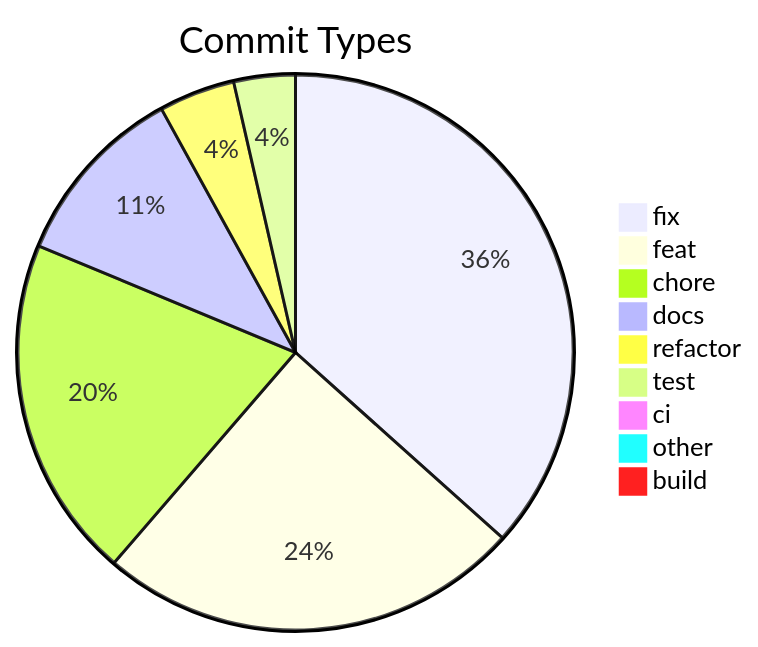
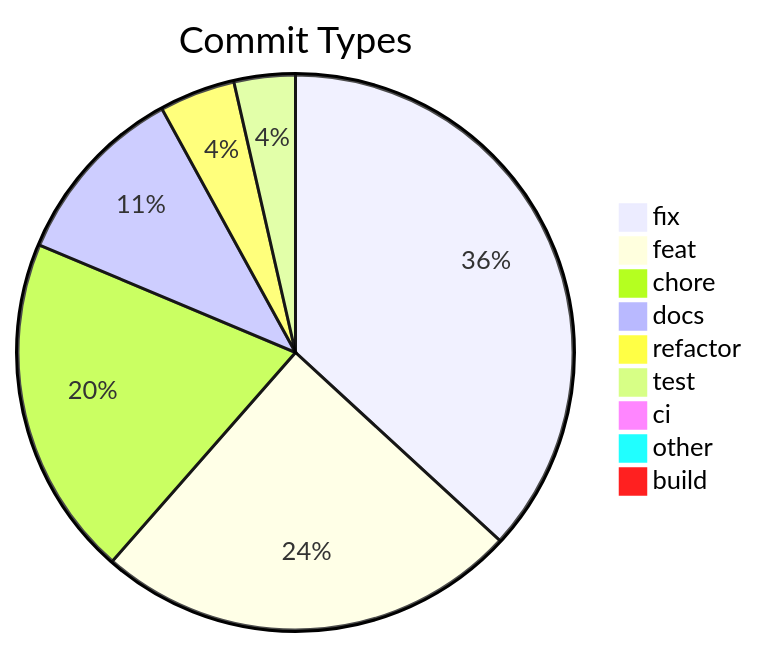
The diagram in .shipwright/compliance/change-history.md (svenroth-ai/shipwright-webui), drawn with Mermaid before and after one commit. The commit also changed other lines of this file and 17 other files, not shown here.

````diff
--- a/.shipwright/compliance/change-history.md
+++ b/.shipwright/compliance/change-history.md
@@ -8,12 +8,12 @@
 ```mermaid
 pie title Commit Types
-    "fix" : 215
+    "fix" : 217
     "feat" : 145
     "chore" : 117
     "docs" : 63
     "refactor" : 26
     "test" : 21
     "ci" : 5
     "other" : 4
     "build" : 1
 ```
````
